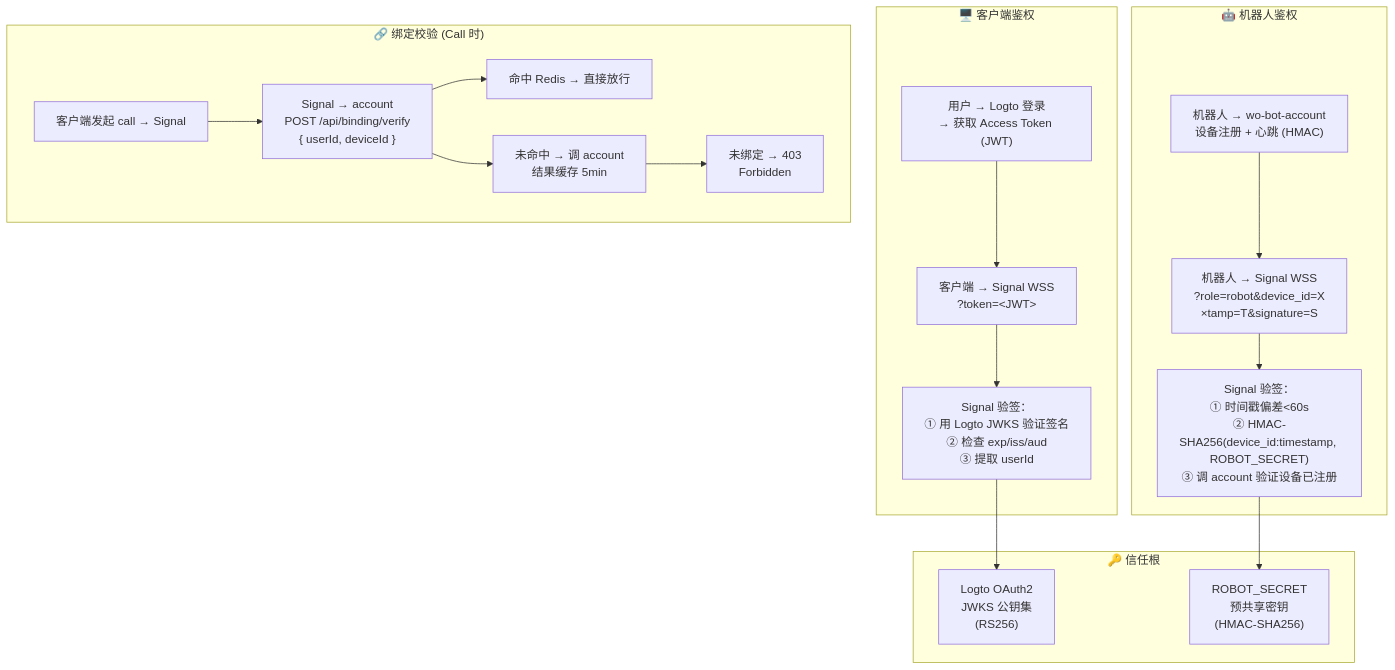
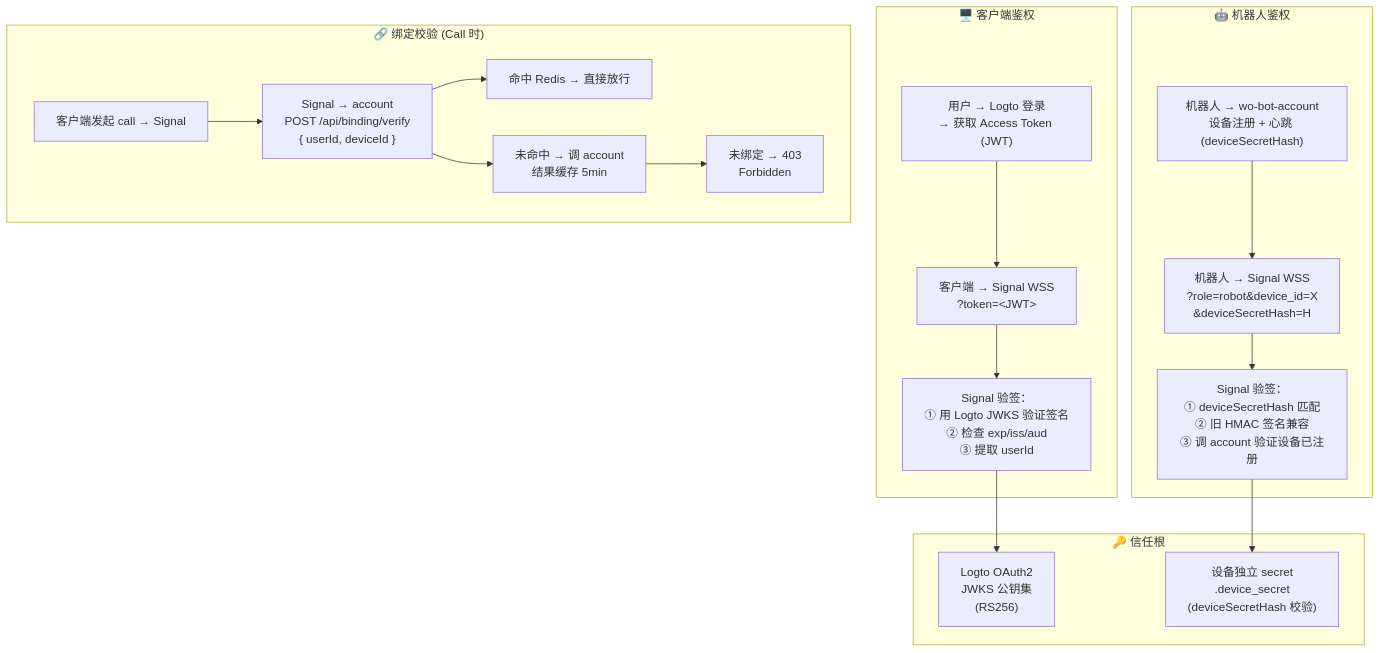
Diagram 12 of 17 in 方案/架构图.md (al96169/wo-bot-wiki), drawn with Mermaid before and after one commit. The commit also changed other lines of this file and 4 other files, not shown here.

````diff
--- a/方案/架构图.md
+++ b/方案/架构图.md
@@ -575,40 +575,40 @@
 ```mermaid
 graph TB
     subgraph 信任根["🔑 信任根"]
         LogtoKeys["Logto OAuth2<br/>JWKS 公钥集<br/>(RS256)"]
-        RobotSecret["ROBOT_SECRET<br/>预共享密钥<br/>(HMAC-SHA256)"]
+        DeviceSecret["设备独立 secret<br/>.device_secret<br/>(deviceSecretHash 校验)"]
     end
 
     subgraph 客户端鉴权["🖥️ 客户端鉴权"]
         UserLogin["用户 → Logto 登录<br/>→ 获取 Access Token (JWT)"]
         ClientConn["客户端 → Signal WSS<br/>?token=&lt;JWT&gt;"]
         JWT_Verify["Signal 验签：<br/>① 用 Logto JWKS 验证签名<br/>② 检查 exp/iss/aud<br/>③ 提取 userId"]
     end
 
     subgraph 机器人鉴权["🤖 机器人鉴权"]
-        RobotReg["机器人 → wo-bot-account<br/>设备注册 + 心跳 (HMAC)"]
-        RobotConn["机器人 → Signal WSS<br/>?role=robot&device_id=X<br/>&timestamp=T&signature=S"]
-        HMAC_Verify["Signal 验签：<br/>① 时间戳偏差<60s<br/>② HMAC-SHA256(device_id:timestamp, ROBOT_SECRET)<br/>③ 调 account 验证设备已注册"]
+        RobotReg["机器人 → wo-bot-account<br/>设备注册 + 心跳 (deviceSecretHash)"]
+        RobotConn["机器人 → Signal WSS<br/>?role=robot&device_id=X<br/>&deviceSecretHash=H"]
+        HMAC_Verify["Signal 验签：<br/>① deviceSecretHash 匹配<br/>② 旧 HMAC 签名兼容<br/>③ 调 account 验证设备已注册"]
     end
 
     subgraph 绑定校验["🔗 绑定校验 (Call 时)"]
         CallReq["客户端发起 call → Signal"]
         BindCheck["Signal → account<br/>POST /api/binding/verify<br/>{ userId, deviceId }"]
         CacheHit["命中 Redis → 直接放行"]
         CacheMiss["未命中 → 调 account<br/>结果缓存 5min"]
         Reject["未绑定 → 403<br/>Forbidden"]
     end
 
     UserLogin --> ClientConn
     ClientConn --> JWT_Verify
     JWT_Verify --> LogtoKeys
 
     RobotReg --> RobotConn
     RobotConn --> HMAC_Verify
-    HMAC_Verify --> RobotSecret
+    HMAC_Verify --> DeviceSecret
 
     CallReq --> BindCheck
     BindCheck --> CacheHit
     BindCheck --> CacheMiss
     CacheMiss --> Reject
 ```
````
